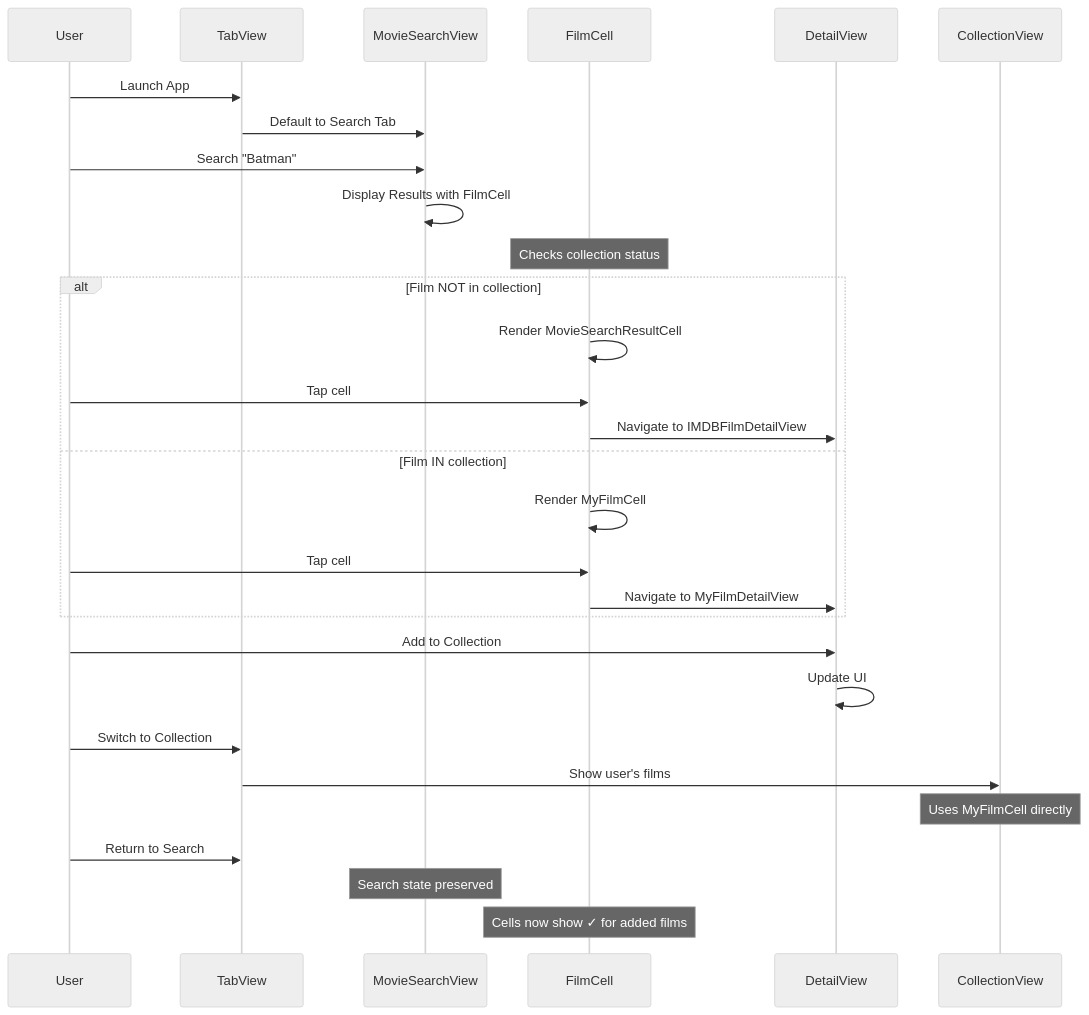
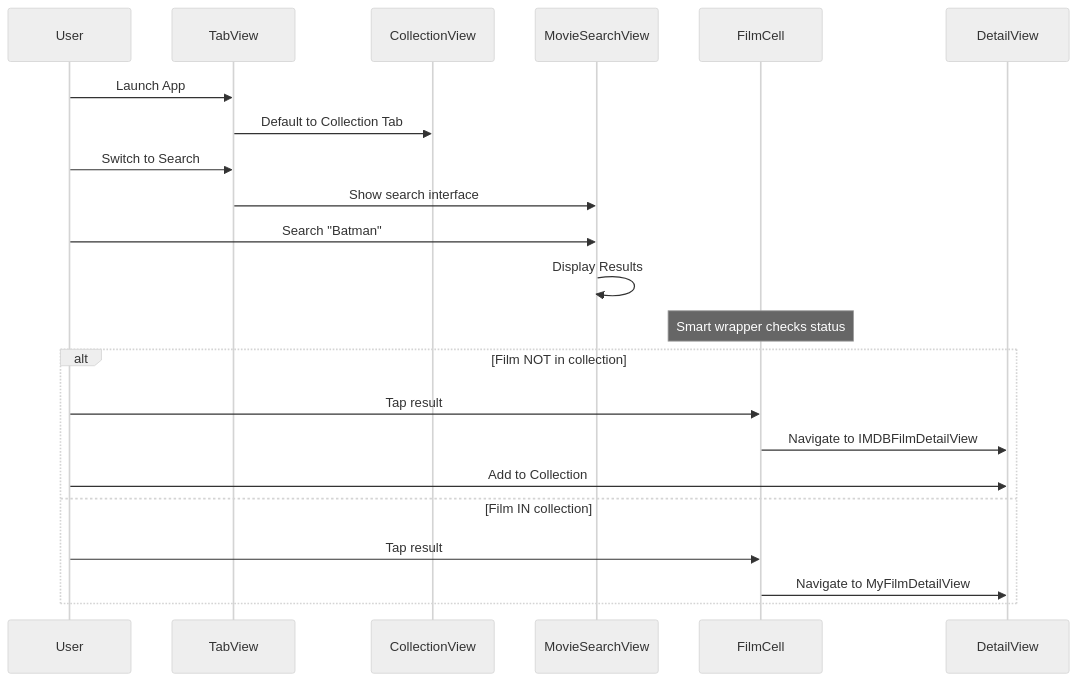
The sixth of 10 diagrams in docs/ARCHITECTURE.md (tillg/filmz2), drawn with Mermaid (neutral theme) before and after one commit. The commit also changed other lines of this file and 2 other files, not shown here.

````diff
--- a/docs/ARCHITECTURE.md
+++ b/docs/ARCHITECTURE.md
@@ -910,37 +264,28 @@
 ```mermaid
 sequenceDiagram
     participant User
     participant TabView
+    participant CollectionView
     participant MovieSearchView
     participant FilmCell
     participant DetailView
-    participant CollectionView
 
     User->>TabView: Launch App
-    TabView->>MovieSearchView: Default to Search Tab
+    TabView->>CollectionView: Default to Collection Tab
+
+    User->>TabView: Switch to Search
+    TabView->>MovieSearchView: Show search interface
 
     User->>MovieSearchView: Search "Batman"
-    MovieSearchView->>MovieSearchView: Display Results with FilmCell
+    MovieSearchView->>MovieSearchView: Display Results
 
-    Note over FilmCell: Checks collection status
+    Note over FilmCell: Smart wrapper checks status
     alt Film NOT in collection
-        FilmCell->>FilmCell: Render MovieSearchResultCell
-        User->>FilmCell: Tap cell
+        User->>FilmCell: Tap result
         FilmCell->>DetailView: Navigate to IMDBFilmDetailView
+        User->>DetailView: Add to Collection
     else Film IN collection
-        FilmCell->>FilmCell: Render MyFilmCell
-        User->>FilmCell: Tap cell
+        User->>FilmCell: Tap result
         FilmCell->>DetailView: Navigate to MyFilmDetailView
     end
-
-    User->>DetailView: Add to Collection
-    DetailView->>DetailView: Update UI
-
-    User->>TabView: Switch to Collection
-    TabView->>CollectionView: Show user's films
-    Note over CollectionView: Uses MyFilmCell directly
-
-    User->>TabView: Return to Search
-    Note over MovieSearchView: Search state preserved
-    Note over FilmCell: Cells now show ✓ for added films
 ```
````
